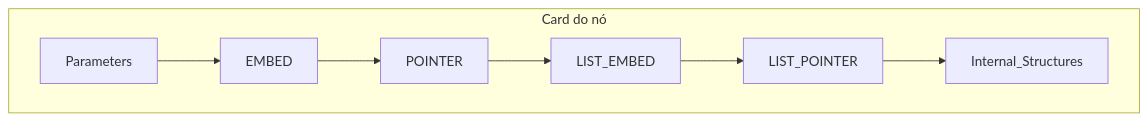
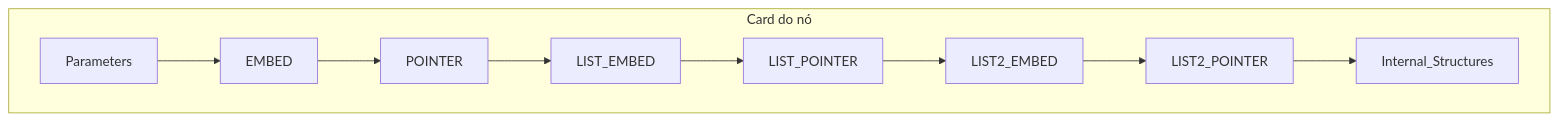
One commit to JunioCesar96/Node-Graphs-League-of-Legends changed the diagram in feature_md/prompet/prompet_elements.md. Above: the diagram before and after it, drawn with Mermaid. The commit also changed other lines of this file and 25 other files, not shown here.

Commit message:
feat(class-group): LIST2_EMBED e LIST2_POINTER separados de list embed/pointer

````diff
--- a/feature_md/prompet/prompet_elements.md
+++ b/feature_md/prompet/prompet_elements.md
@@ -83,12 +89,14 @@
 ```mermaid
 flowchart TB
   subgraph card [Card do nó]
     P[Parameters]
     E[EMBED]
     PT[POINTER]
     LE[LIST_EMBED]
     LP[LIST_POINTER]
+    L2E[LIST2_EMBED]
+    L2P[LIST2_POINTER]
     IS[Internal_Structures]
   end
-  P --> E --> PT --> LE --> LP --> IS
+  P --> E --> PT --> LE --> LP --> L2E --> L2P --> IS
 ```
````
